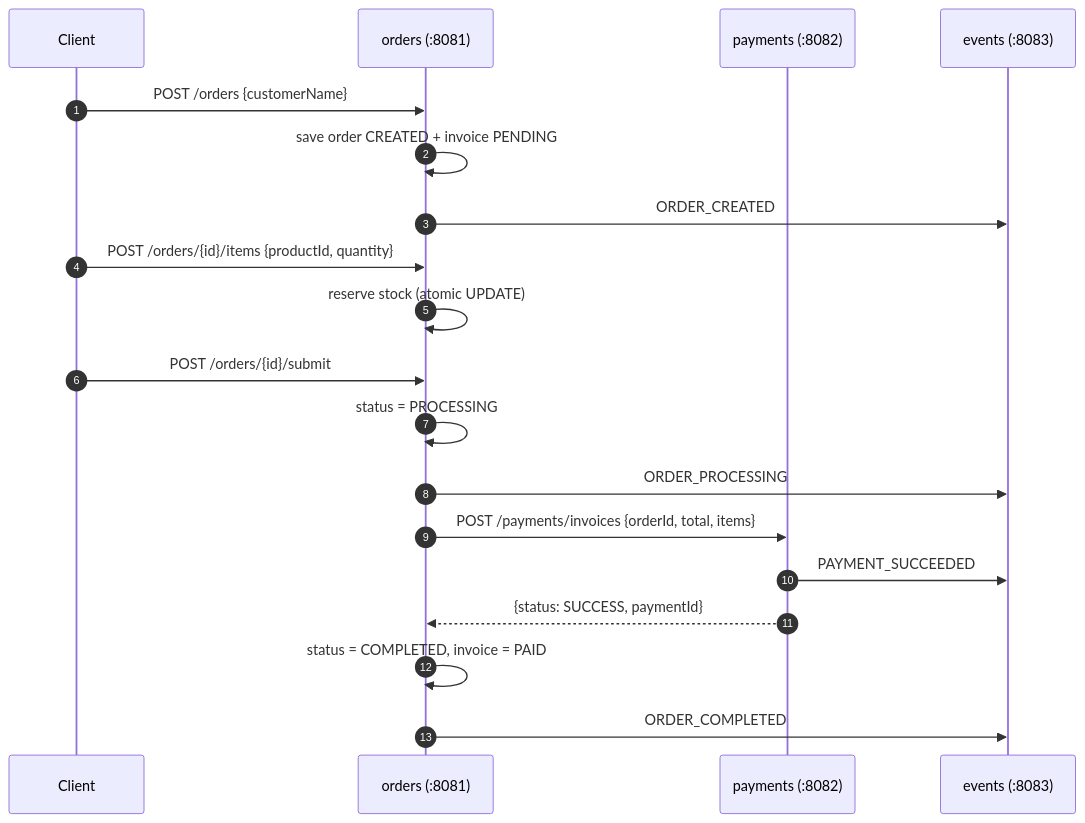
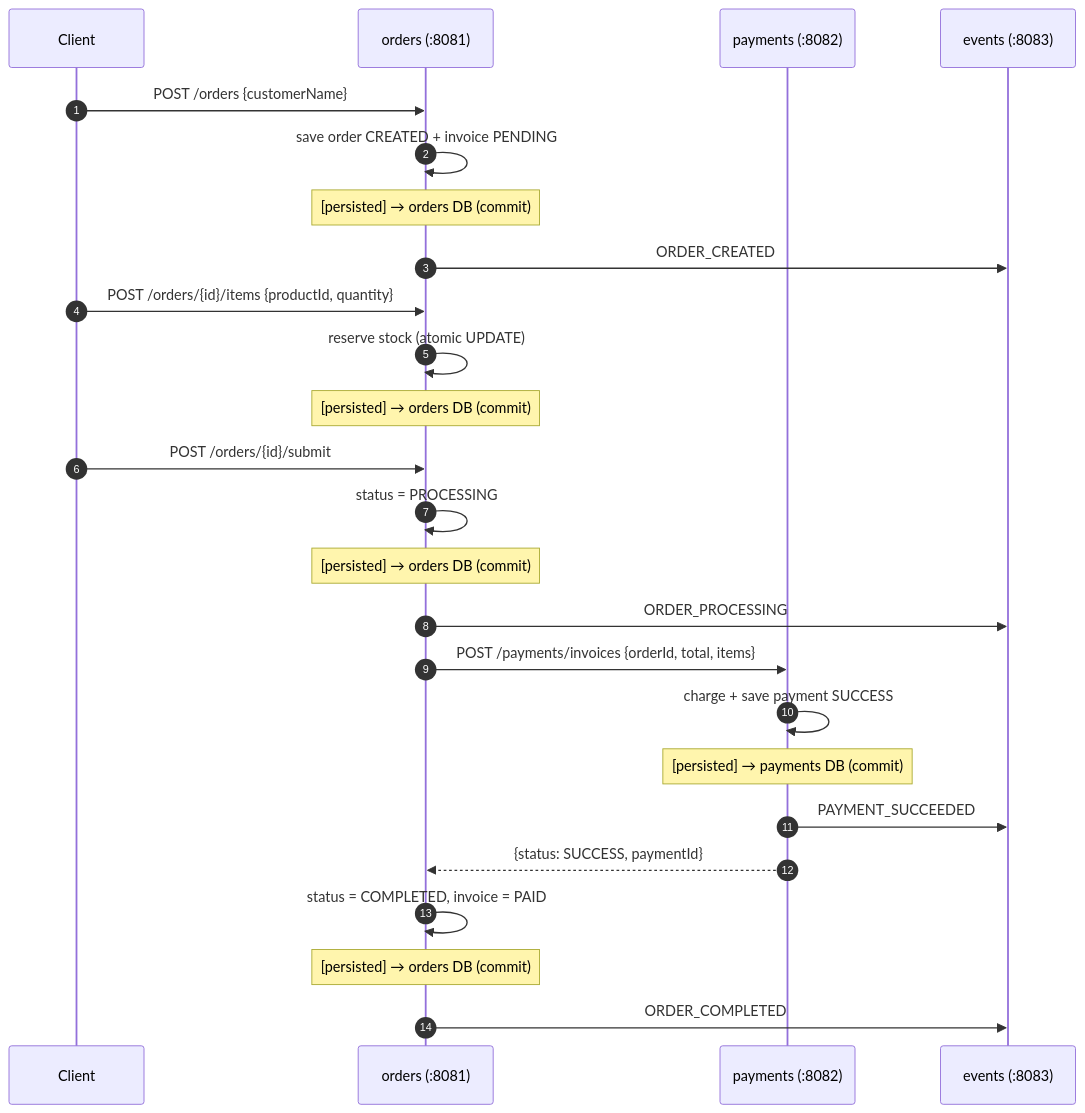
The first of 3 diagrams in README.md (gdiazs/sagas-example), drawn with Mermaid before and after one commit. The commit also changed other lines of this file, not shown here.

````diff
--- a/README.md
+++ b/README.md
@@ -26,22 +31,28 @@
 ```mermaid
 sequenceDiagram
     autonumber
     participant C as Client
     participant O as orders (:8081)
     participant P as payments (:8082)
     participant E as events (:8083)
 
     C->>O: POST /orders {customerName}
     O->>O: save order CREATED + invoice PENDING
+    Note over O: [persisted] → orders DB (commit)
     O->>E: ORDER_CREATED
     C->>O: POST /orders/{id}/items {productId, quantity}
     O->>O: reserve stock (atomic UPDATE)
+    Note over O: [persisted] → orders DB (commit)
     C->>O: POST /orders/{id}/submit
     O->>O: status = PROCESSING
+    Note over O: [persisted] → orders DB (commit)
     O->>E: ORDER_PROCESSING
     O->>P: POST /payments/invoices {orderId, total, items}
+    P->>P: charge + save payment SUCCESS
+    Note over P: [persisted] → payments DB (commit)
     P->>E: PAYMENT_SUCCEEDED
     P-->>O: {status: SUCCESS, paymentId}
     O->>O: status = COMPLETED, invoice = PAID
+    Note over O: [persisted] → orders DB (commit)
     O->>E: ORDER_COMPLETED
 ```
````
